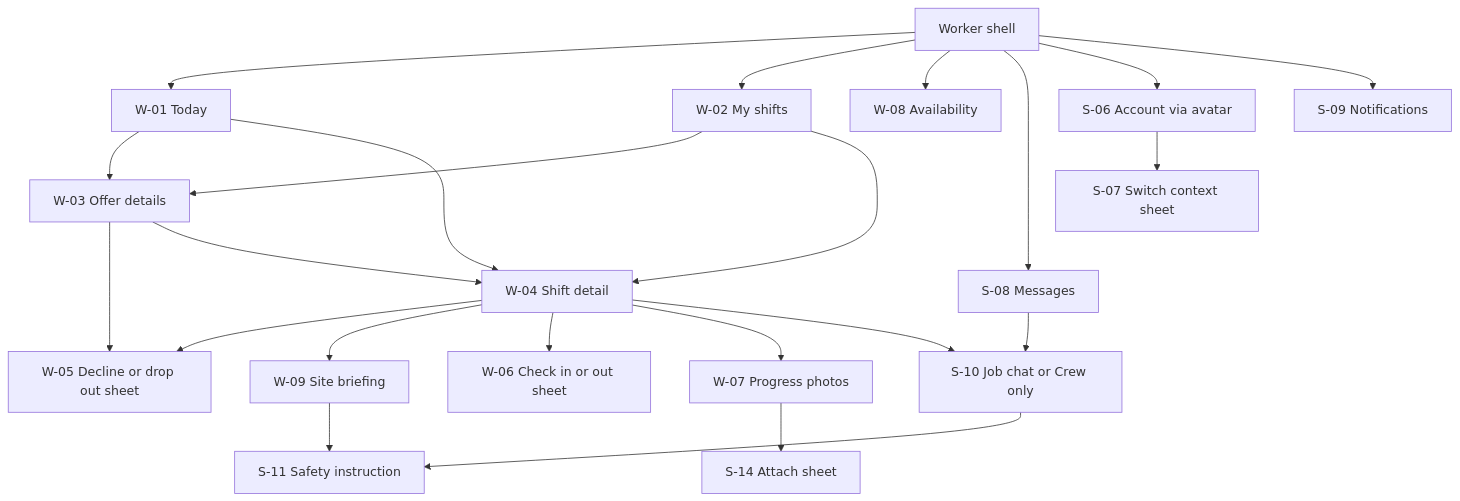
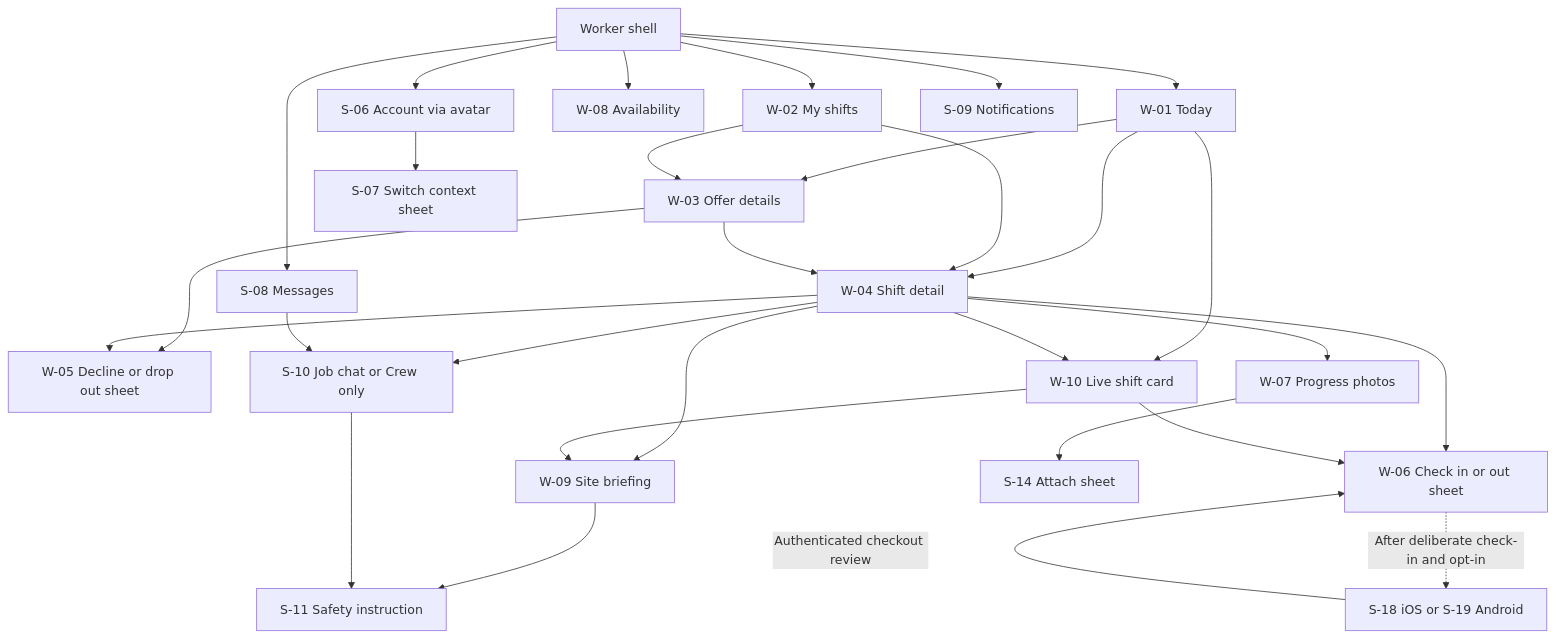
The third of 4 diagrams in design-astra/foundation/information-architecture.md (Artimunor/bookbuddy), drawn with Mermaid before and after one commit. The commit also changed other lines of this file and 14 other files, not shown here.

````diff
--- a/design-astra/foundation/information-architecture.md
+++ b/design-astra/foundation/information-architecture.md
@@ -136,25 +146,31 @@
 ```mermaid
 flowchart TD
     Root[Worker shell] --> Today[W-01 Today]
     Root --> Shifts[W-02 My shifts]
     Root --> Availability[W-08 Availability]
     Root --> Inbox[S-08 Messages]
     Root --> Account[S-06 Account via avatar]
     Root --> Bell[S-09 Notifications]
     Today --> Offer[W-03 Offer details]
     Shifts --> Offer
     Offer --> Decline[W-05 Decline or drop out sheet]
     Today --> Shift[W-04 Shift detail]
     Shifts --> Shift
     Offer --> Shift
     Shift --> Decline
     Shift --> Brief[W-09 Site briefing]
     Brief --> Safety[S-11 Safety instruction]
     Shift --> Attend[W-06 Check in or out sheet]
+    Today --> Live[W-10 Live shift card]
+    Shift --> Live
+    Live --> Attend
+    Live --> Brief
+    Attend -.->|After deliberate check-in and opt-in| Status[S-18 iOS or S-19 Android]
+    Status -->|Authenticated checkout review| Attend
     Shift --> Photos[W-07 Progress photos]
     Photos --> Capture[S-14 Attach sheet]
     Shift --> Chat[S-10 Job chat or Crew only]
     Inbox --> Chat
     Chat --> Safety
     Account --> Switch[S-07 Switch context sheet]
 ```
````
